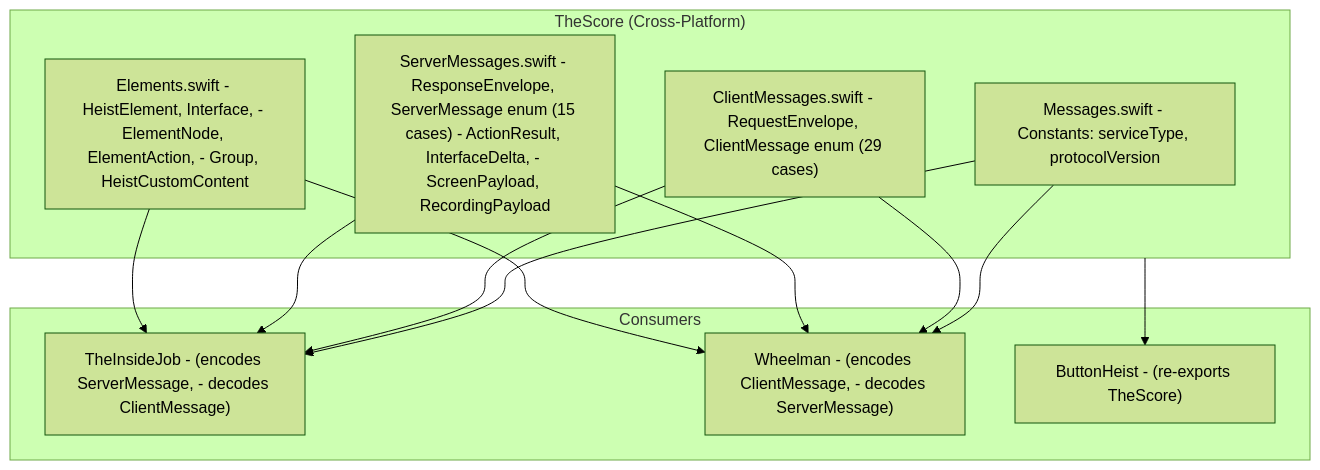
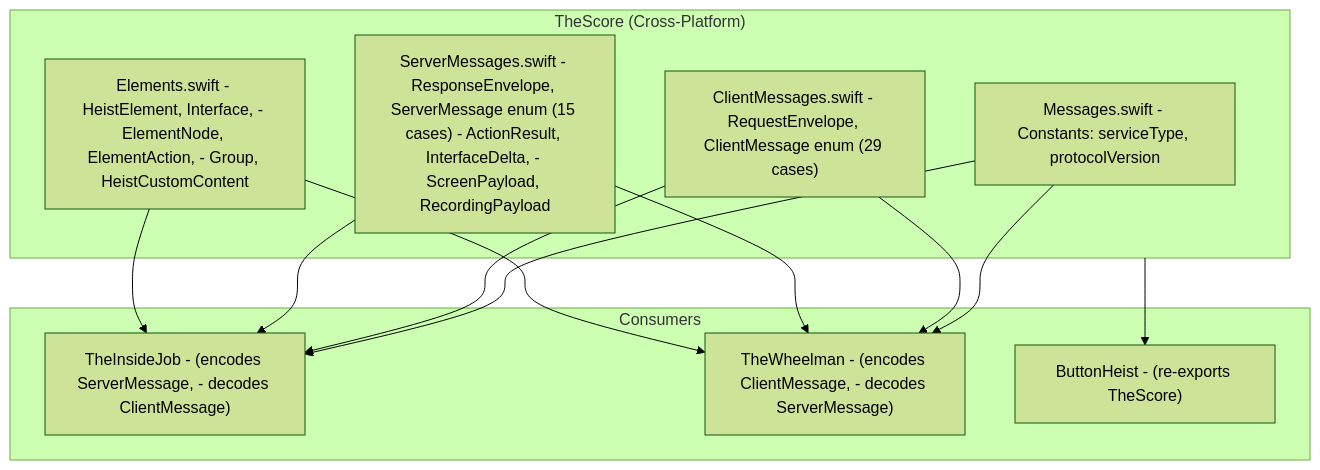
The first of 3 diagrams in docs/dossiers/01-THESCORE.md (RoyalPineapple/TheButtonHeist), drawn with Mermaid (forest theme) before and after one commit. The commit also changed 23 other files, not shown here.

````diff
--- a/docs/dossiers/01-THESCORE.md
+++ b/docs/dossiers/01-THESCORE.md
@@ -24,25 +24,25 @@
 ```mermaid
 graph TD
     subgraph TheScore["TheScore (Cross-Platform)"]
         Messages["Messages.swift - Constants: serviceType, protocolVersion"]
         Client["ClientMessages.swift - RequestEnvelope, ClientMessage enum (29 cases)"]
         Server["ServerMessages.swift - ResponseEnvelope, ServerMessage enum (15 cases) - ActionResult, InterfaceDelta, - ScreenPayload, RecordingPayload"]
         Elements["Elements.swift - HeistElement, Interface, - ElementNode, ElementAction, - Group, HeistCustomContent"]
     end
 
     subgraph Consumers["Consumers"]
         TheInsideJob["TheInsideJob - (encodes ServerMessage, - decodes ClientMessage)"]
-        Wheelman["Wheelman - (encodes ClientMessage, - decodes ServerMessage)"]
+        TW["TheWheelman - (encodes ClientMessage, - decodes ServerMessage)"]
         ButtonHeist["ButtonHeist - (re-exports TheScore)"]
     end
 
     Messages --> TheInsideJob
-    Messages --> Wheelman
+    Messages --> TW
     Client --> TheInsideJob
-    Client --> Wheelman
+    Client --> TW
     Server --> TheInsideJob
-    Server --> Wheelman
+    Server --> TW
     Elements --> TheInsideJob
-    Elements --> Wheelman
+    Elements --> TW
     TheScore --> ButtonHeist
 ```
````
